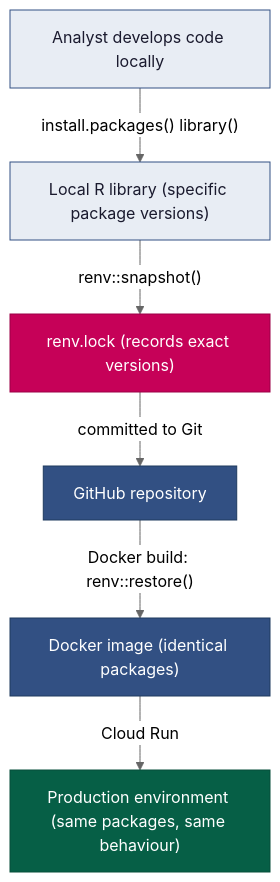
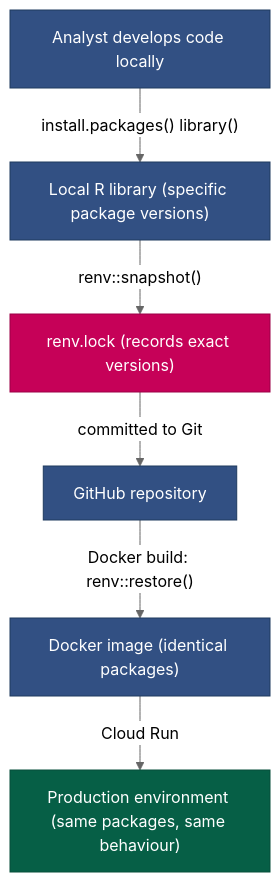
One commit to Ch3w3y/docker_gcp changed the first of 2 diagrams in docs/version-management.md. Above: the diagram before and after it, drawn with Mermaid (neutral theme). The commit also changed 6 other files, not shown here.

````diff
--- a/docs/version-management.md
+++ b/docs/version-management.md
@@ -35,16 +35,16 @@
 ```mermaid
 flowchart TD
     DEV["Analyst develops code locally"]
     DEV -->|"install.packages() library()"| LOCAL_LIB["Local R library (specific package versions)"]
     LOCAL_LIB -->|"renv::snapshot()"| LOCK["renv.lock (records exact versions)"]
     LOCK -->|"committed to Git"| GITHUB["GitHub repository"]
     GITHUB -->|"Docker build: renv::restore()"| IMAGE["Docker image (identical packages)"]
     IMAGE -->|"Cloud Run"| PROD["Production environment (same packages, same behaviour)"]
 
     style LOCK fill:#c60158,stroke:#9b0146,color:#ffffff
-    style DEV fill:#e8edf4,stroke:#325083,color:#1a1a2e
-    style LOCAL_LIB fill:#e8edf4,stroke:#325083,color:#1a1a2e
+    style DEV fill:#325083,stroke:#1e3a5f,color:#ffffff
+    style LOCAL_LIB fill:#325083,stroke:#1e3a5f,color:#ffffff
     style GITHUB fill:#325083,stroke:#1e3a5f,color:#ffffff
     style IMAGE fill:#325083,stroke:#1e3a5f,color:#ffffff
     style PROD fill:#065f46,stroke:#064e3b,color:#ffffff
 ```
````
